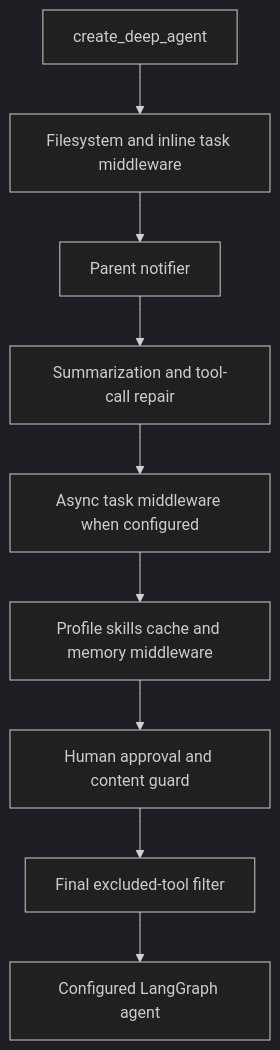
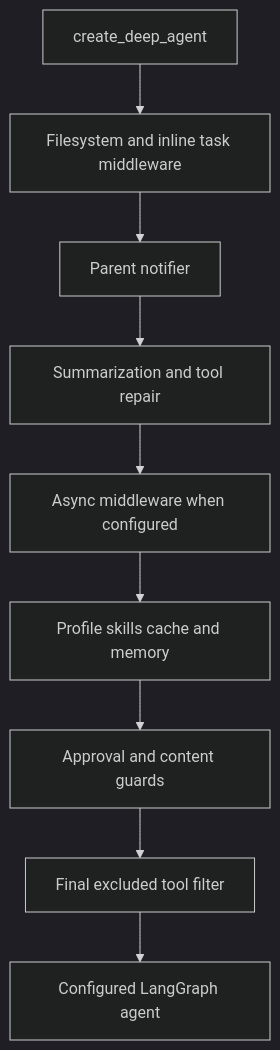
Before and after one commit to langchain-ai/deepagents: the first of 4 diagrams in openwiki/architecture/runtime-behavior.md, drawn with Mermaid (dark theme). The commit also changed other lines of this file and 35 other files, not shown here.

````diff
--- a/openwiki/architecture/runtime-behavior.md
+++ b/openwiki/architecture/runtime-behavior.md
@@ -43,11 +33,11 @@
 ```mermaid
 flowchart TD
     Build["create_deep_agent"] --> FS["Filesystem and inline task middleware"]
     FS --> Notifier["Parent notifier"]
-    Notifier --> Context["Summarization and tool-call repair"]
-    Context --> Async["Async task middleware when configured"]
-    Async --> Tail["Profile skills cache and memory middleware"]
-    Tail --> Guard["Human approval and content guard"]
-    Guard --> Exclude["Final excluded-tool filter"]
-    Exclude --> Agent["Configured LangGraph agent"]
+    Notifier --> Context["Summarization and tool repair"]
+    Context --> Async["Async middleware when configured"]
+    Async --> Tail["Profile skills cache and memory"]
+    Tail --> Guards["Approval and content guards"]
+    Guards --> Filter["Final excluded tool filter"]
+    Filter --> Agent["Configured LangGraph agent"]
 ```
````
